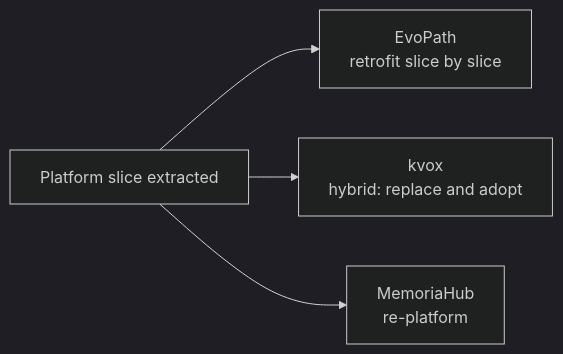
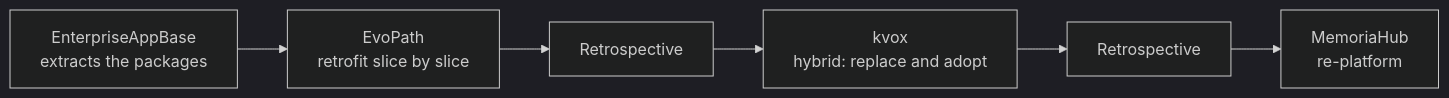
Before and after one commit to marinoscar/EnterpriseAppBase: the seventh of 8 diagrams in docs/specs/platform-packages.md, drawn with Mermaid (dark theme). The commit also changed other lines of this file, not shown here.

````diff
--- a/docs/specs/platform-packages.md
+++ b/docs/specs/platform-packages.md
@@ -943,6 +955,8 @@
 ```mermaid
 flowchart LR
-  p["Platform slice extracted"] --> e["EvoPath<br/>retrofit slice by slice"]
-  p --> k["kvox<br/>hybrid: replace and adopt"]
-  p --> m["MemoriaHub<br/>re-platform"]
+  b["EnterpriseAppBase<br/>extracts the packages"] --> e["EvoPath<br/>retrofit slice by slice"]
+  e --> r1["Retrospective"]
+  r1 --> k["kvox<br/>hybrid: replace and adopt"]
+  k --> r2["Retrospective"]
+  r2 --> m["MemoriaHub<br/>re-platform"]
 ```
````
